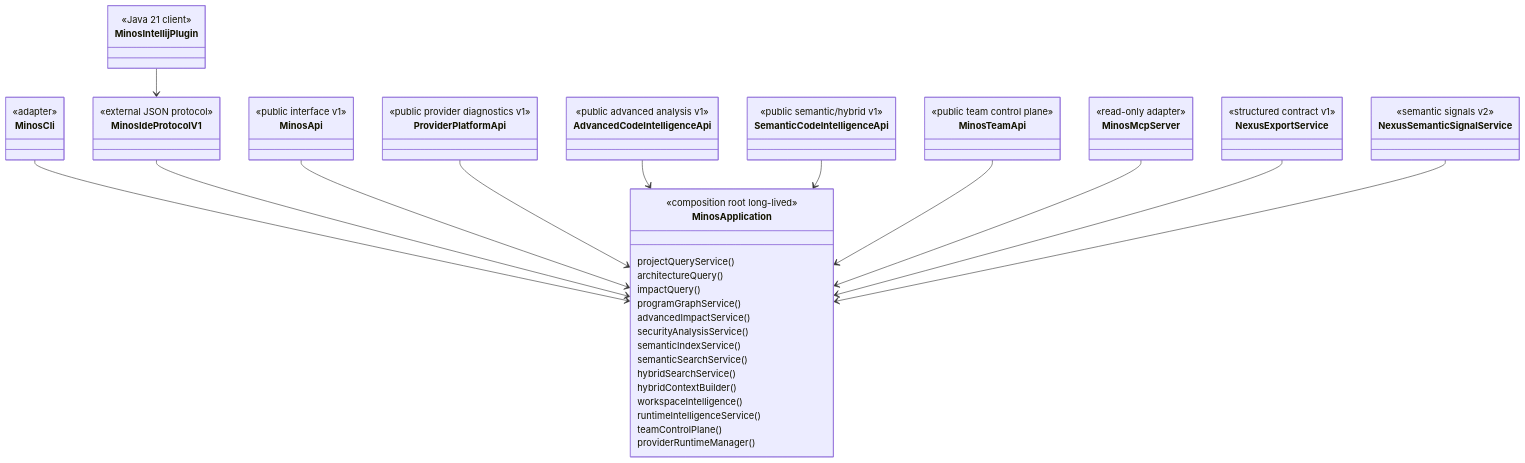
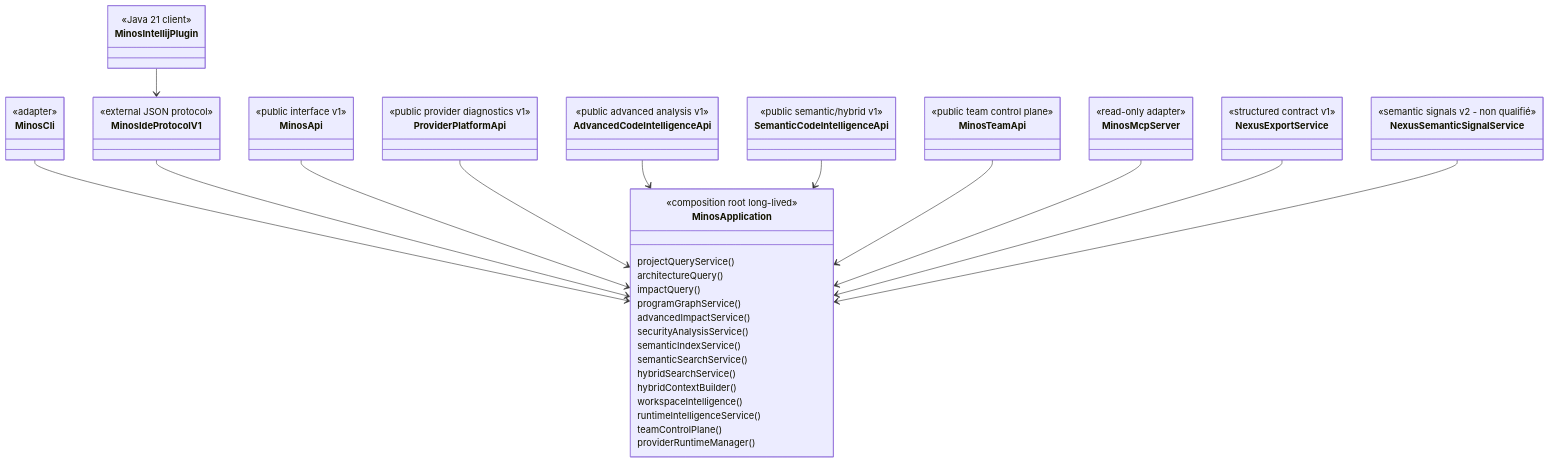
One commit to FTurleque/minos-code-intelligence changed the diagram in docs/developer/public-surfaces.md. Above: the diagram before and after it, drawn with Mermaid. The commit also changed other lines of this file and 13 other files, not shown here.

First line of the commit message:
refactor(architecture): reclasser minos-nexus en module de contrat

````diff
--- a/docs/developer/public-surfaces.md
+++ b/docs/developer/public-surfaces.md
@@ -9,43 +9,43 @@
 ```mermaid
 classDiagram
     class MinosApplication {
       <<composition root long-lived>>
       projectQueryService()
       architectureQuery()
       impactQuery()
       programGraphService()
       advancedImpactService()
       securityAnalysisService()
       semanticIndexService()
       semanticSearchService()
       hybridSearchService()
       hybridContextBuilder()
       workspaceIntelligence()
       runtimeIntelligenceService()
       teamControlPlane()
       providerRuntimeManager()
     }
     class MinosCli { <<adapter>> }
     class MinosIdeProtocolV1 { <<external JSON protocol>> }
     class MinosIntellijPlugin { <<Java 21 client>> }
     class MinosApi { <<public interface v1>> }
     class ProviderPlatformApi { <<public provider diagnostics v1>> }
     class AdvancedCodeIntelligenceApi { <<public advanced analysis v1>> }
     class SemanticCodeIntelligenceApi { <<public semantic/hybrid v1>> }
     class MinosTeamApi { <<public team control plane>> }
     class MinosMcpServer { <<read-only adapter>> }
     class NexusExportService { <<structured contract v1>> }
-    class NexusSemanticSignalService { <<semantic signals v2>> }
+    class NexusSemanticSignalService { <<semantic signals v2 - non qualifié>> }
 
     MinosCli --> MinosApplication
     MinosIdeProtocolV1 --> MinosApplication
     MinosIntellijPlugin --> MinosIdeProtocolV1
     MinosApi --> MinosApplication
     ProviderPlatformApi --> MinosApplication
     AdvancedCodeIntelligenceApi --> MinosApplication
     SemanticCodeIntelligenceApi --> MinosApplication
     MinosTeamApi --> MinosApplication
     MinosMcpServer --> MinosApplication
     NexusExportService --> MinosApplication
     NexusSemanticSignalService --> MinosApplication
 ```
````
